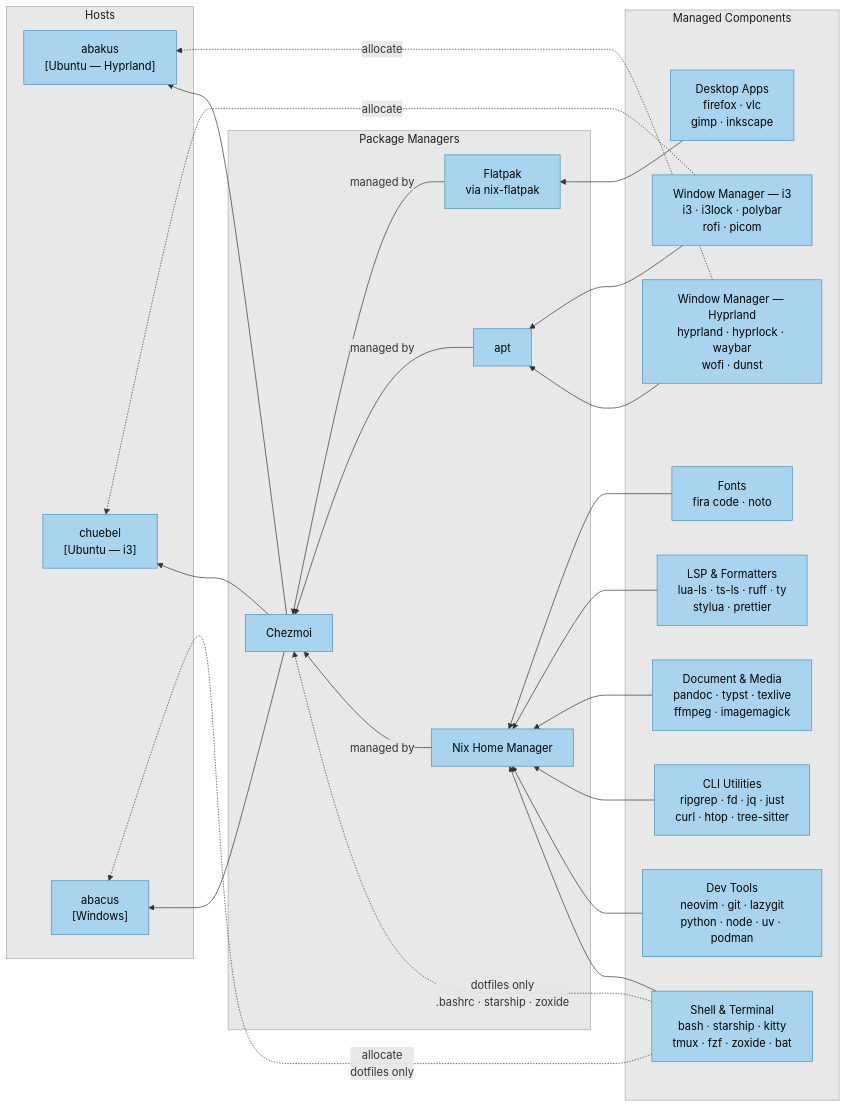
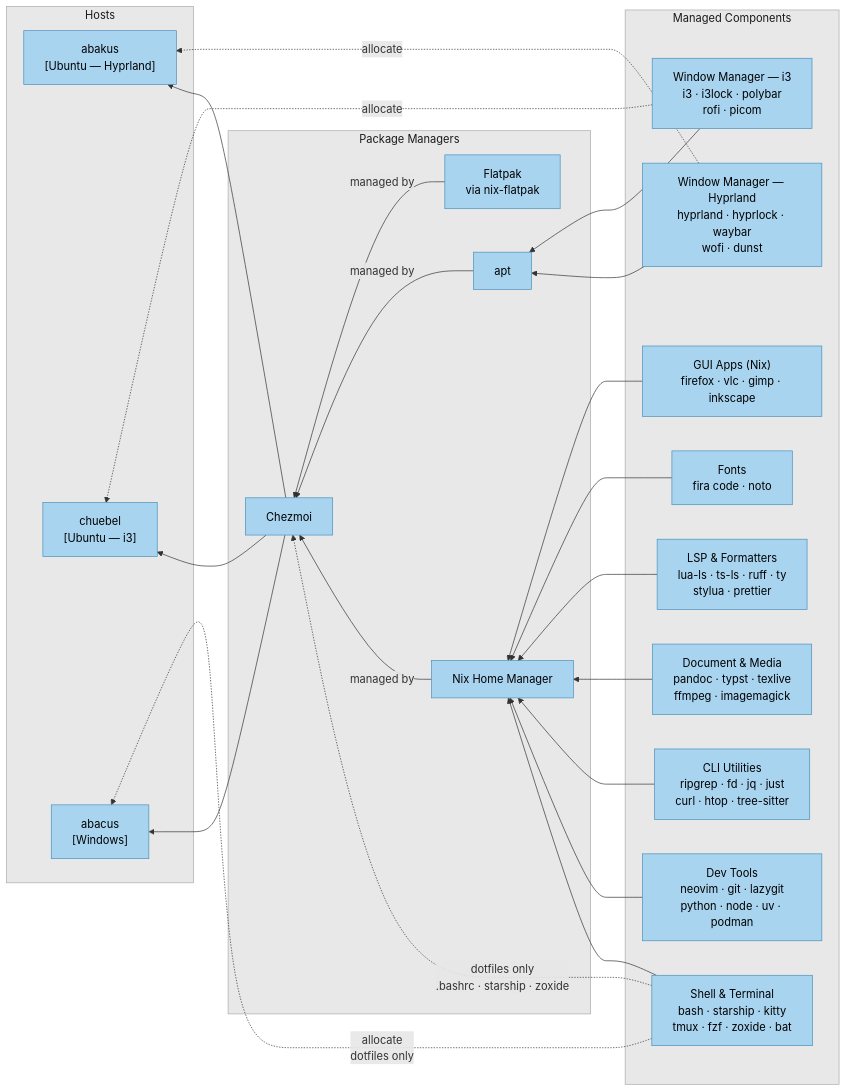
Before and after one commit to mi-b/dotfiles: the diagram in docs/overview.md, drawn with Mermaid. The commit also changed 7 other files, not shown here.

Commit message:
feat(desktop): move firefox and vlc to nixpkgs

````diff
--- a/docs/overview.md
+++ b/docs/overview.md
@@ -7,68 +7,67 @@
 ```mermaid
 flowchart RL
     subgraph hosts ["Hosts"]
         abakus["abakus\n[Ubuntu — Hyprland]"]
         chuebel["chuebel\n[Ubuntu — i3]"]
         abacus["abacus\n[Windows]"]
     end
 
     subgraph managers ["Package Managers"]
         chezmoi["Chezmoi"]
         hm["Nix Home Manager"]
         apt["apt"]
         flatpak["Flatpak\nvia nix-flatpak"]
     end
 
     subgraph components ["Managed Components"]
         shell["Shell & Terminal\nbash · starship · kitty\ntmux · fzf · zoxide · bat"]
         dev["Dev Tools\nneovim · git · lazygit\npython · node · uv · podman"]
         cli["CLI Utilities\nripgrep · fd · jq · just\ncurl · htop · tree-sitter"]
         hypr["Window Manager — Hyprland\nhyprland · hyprlock · waybar\nwofi · dunst"]
         i3["Window Manager — i3\ni3 · i3lock · polybar\nrofi · picom"]
         docs["Document & Media\npandoc · typst · texlive\nffmpeg · imagemagick"]
-        apps["Desktop Apps\nfirefox · vlc\ngimp · inkscape"]
+        guiapps["GUI Apps (Nix)\nfirefox · vlc · gimp · inkscape"]
         lsp["LSP & Formatters\nlua-ls · ts-ls · ruff · ty\nstylua · prettier"]
         fonts["Fonts\nfira code · noto"]
     end
 
     %% Software groups to package managers
-    shell & dev & cli & docs & lsp & fonts --> hm
+    shell & dev & cli & docs & lsp & fonts & guiapps --> hm
     hypr & i3 --> apt
-    apps --> flatpak
     shell -. "dotfiles only\n.bashrc · starship · zoxide" .-> chezmoi
 
     %% Package managers to Chezmoi
     hm -- "managed by" --> chezmoi
     apt -- "managed by" --> chezmoi
     flatpak -- "managed by" --> chezmoi
 
     %% Chezmoi to hosts
     chezmoi --> abakus & chuebel & abacus
 
     %% Host-specific desktop allocation
     hypr -. "allocate" .-> abakus
     i3 -. "allocate" .-> chuebel
     shell -. "allocate\ndotfiles only" .-> abacus
 
     %% Styling
     style hosts fill:#e8e8e8,stroke:#aaa,color:#1a1a1a
     style managers fill:#e8e8e8,stroke:#aaa,color:#1a1a1a
     style components fill:#e8e8e8,stroke:#aaa,color:#1a1a1a
 
     style abakus fill:#a8d4f0,stroke:#4a90b8,color:#000
     style chuebel fill:#a8d4f0,stroke:#4a90b8,color:#000
     style abacus fill:#a8d4f0,stroke:#4a90b8,color:#000
     style chezmoi fill:#a8d4f0,stroke:#4a90b8,color:#000
     style hm fill:#a8d4f0,stroke:#4a90b8,color:#000
     style apt fill:#a8d4f0,stroke:#4a90b8,color:#000
     style flatpak fill:#a8d4f0,stroke:#4a90b8,color:#000
     style shell fill:#a8d4f0,stroke:#4a90b8,color:#000
     style dev fill:#a8d4f0,stroke:#4a90b8,color:#000
     style cli fill:#a8d4f0,stroke:#4a90b8,color:#000
     style hypr fill:#a8d4f0,stroke:#4a90b8,color:#000
     style i3 fill:#a8d4f0,stroke:#4a90b8,color:#000
     style docs fill:#a8d4f0,stroke:#4a90b8,color:#000
-    style apps fill:#a8d4f0,stroke:#4a90b8,color:#000
+    style guiapps fill:#a8d4f0,stroke:#4a90b8,color:#000
     style lsp fill:#a8d4f0,stroke:#4a90b8,color:#000
     style fonts fill:#a8d4f0,stroke:#4a90b8,color:#000
 ```
````
